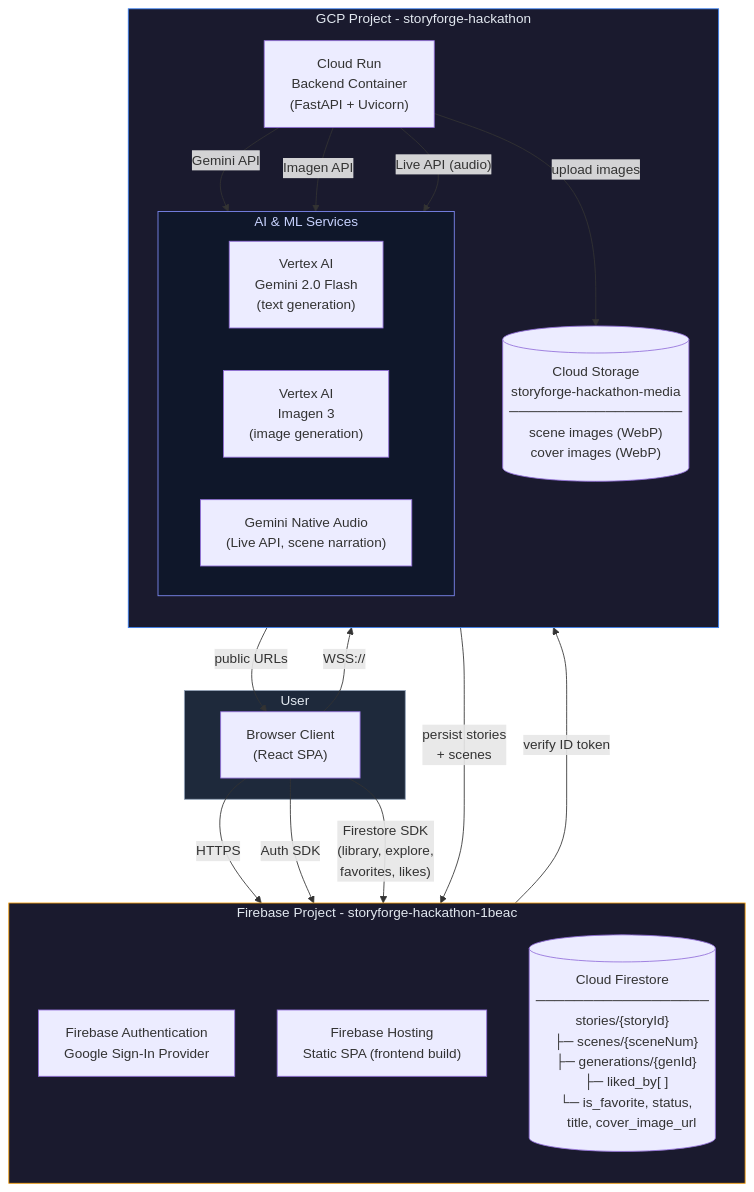
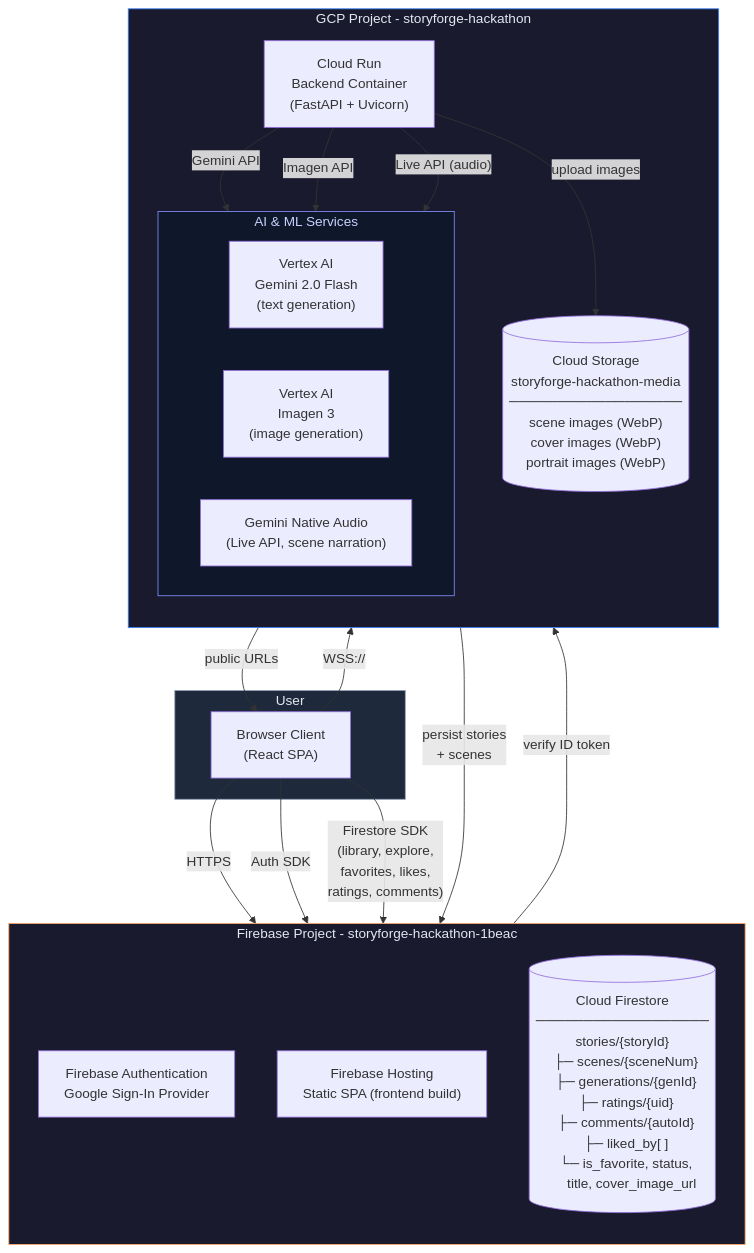
One commit to Dileep2896/reveria changed the second of 8 diagrams in README.md. Above: the diagram before and after it, drawn with Mermaid. The commit also changed other lines of this file and 68 other files, not shown here.

First line of the commit message:
Story templates, cinematic book opening, text-free images, director chat fixes, docs update

````diff
--- a/README.md
+++ b/README.md
@@ -181,45 +176,45 @@
 ```mermaid
 flowchart TB
     subgraph User["User"]
         Browser["Browser Client<br/>(React SPA)"]
     end
 
     subgraph Firebase["Firebase Project - storyforge-hackathon-1beac"]
         direction TB
         FBAuth["Firebase Authentication<br/>Google Sign-In Provider"]
         FBHosting["Firebase Hosting<br/>Static SPA (frontend build)"]
-        FBFirestore[("Cloud Firestore<br/>──────────────────<br/>stories/{storyId}<br/>  ├─ scenes/{sceneNum}<br/>  ├─ generations/{genId}<br/>  ├─ liked_by[ ]<br/>  └─ is_favorite, status,<br/>     title, cover_image_url")]
+        FBFirestore[("Cloud Firestore<br/>──────────────────<br/>stories/{storyId}<br/>  ├─ scenes/{sceneNum}<br/>  ├─ generations/{genId}<br/>  ├─ ratings/{uid}<br/>  ├─ comments/{autoId}<br/>  ├─ liked_by[ ]<br/>  └─ is_favorite, status,<br/>     title, cover_image_url")]
     end
 
     subgraph GCP["GCP Project - storyforge-hackathon"]
         direction TB
         CloudRun["Cloud Run<br/>Backend Container<br/>(FastAPI + Uvicorn)"]
 
         subgraph AI["AI & ML Services"]
             direction LR
             VertexGemini["Vertex AI<br/>Gemini 2.0 Flash<br/>(text generation)"]
             VertexImagen["Vertex AI<br/>Imagen 3<br/>(image generation)"]
             GTTS["Gemini Native Audio<br/>(Live API, scene narration)"]
         end
 
-        GCSBucket[("Cloud Storage<br/>storyforge-hackathon-media<br/>──────────────────<br/>scene images (WebP)<br/>cover images (WebP)")]
+        GCSBucket[("Cloud Storage<br/>storyforge-hackathon-media<br/>──────────────────<br/>scene images (WebP)<br/>cover images (WebP)<br/>portrait images (WebP)")]
     end
 
     Browser -->|"HTTPS"| FBHosting
     Browser -->|"WSS://"| CloudRun
     Browser -->|"Auth SDK"| FBAuth
-    Browser -->|"Firestore SDK<br/>(library, explore,<br/>favorites, likes)"| FBFirestore
+    Browser -->|"Firestore SDK<br/>(library, explore,<br/>favorites, likes,<br/>ratings, comments)"| FBFirestore
 
     FBAuth -->|"verify ID token"| CloudRun
     CloudRun -->|"Gemini API"| VertexGemini
     CloudRun -->|"Imagen API"| VertexImagen
     CloudRun -->|"Live API (audio)"| GTTS
     CloudRun -->|"persist stories<br/>+ scenes"| FBFirestore
     CloudRun -->|"upload images"| GCSBucket
     GCSBucket -->|"public URLs"| Browser
 
     style User fill:#1e293b,stroke:#94a3b8,color:#e2e8f0
-    style Firebase fill:#1a1a2e,stroke:#f59e0b,color:#e2e8f0
+    style Firebase fill:#1a1a2e,stroke:#ffa86c,color:#e2e8f0
     style GCP fill:#1a1a2e,stroke:#3b82f6,color:#e2e8f0
     style AI fill:#0f172a,stroke:#818cf8,color:#c7d2fe
 ```
````
